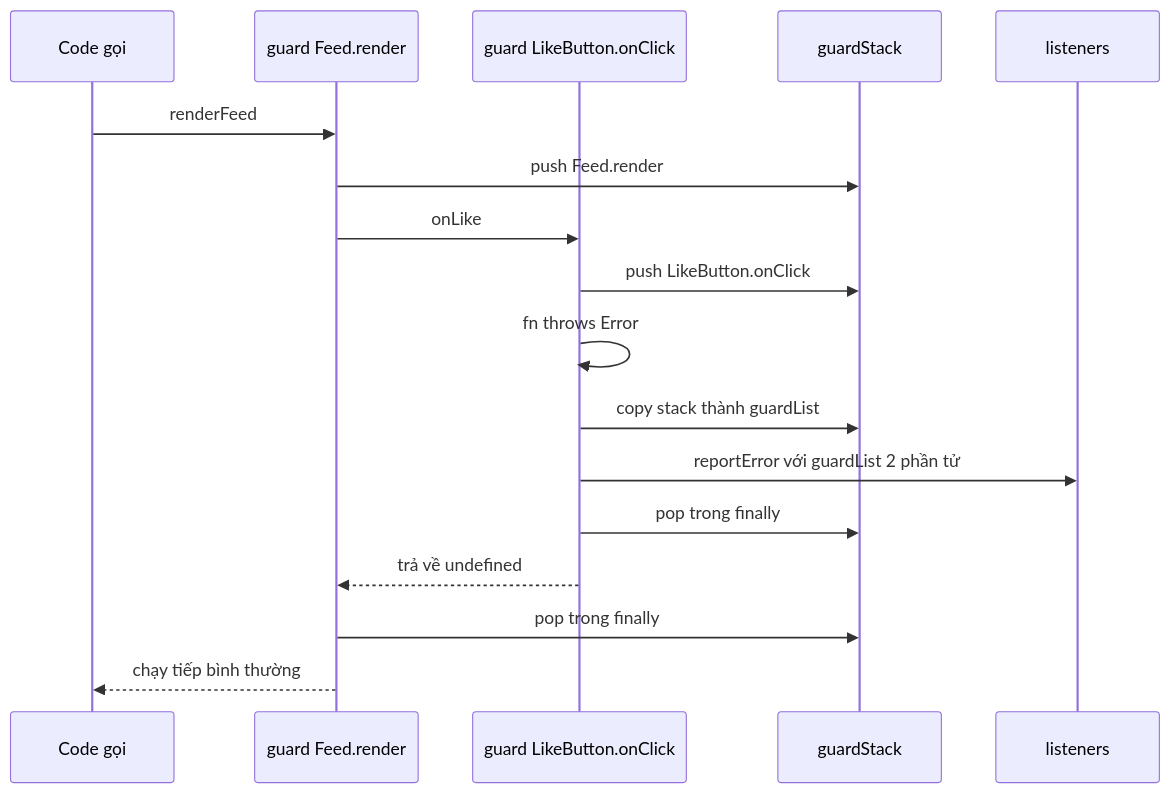
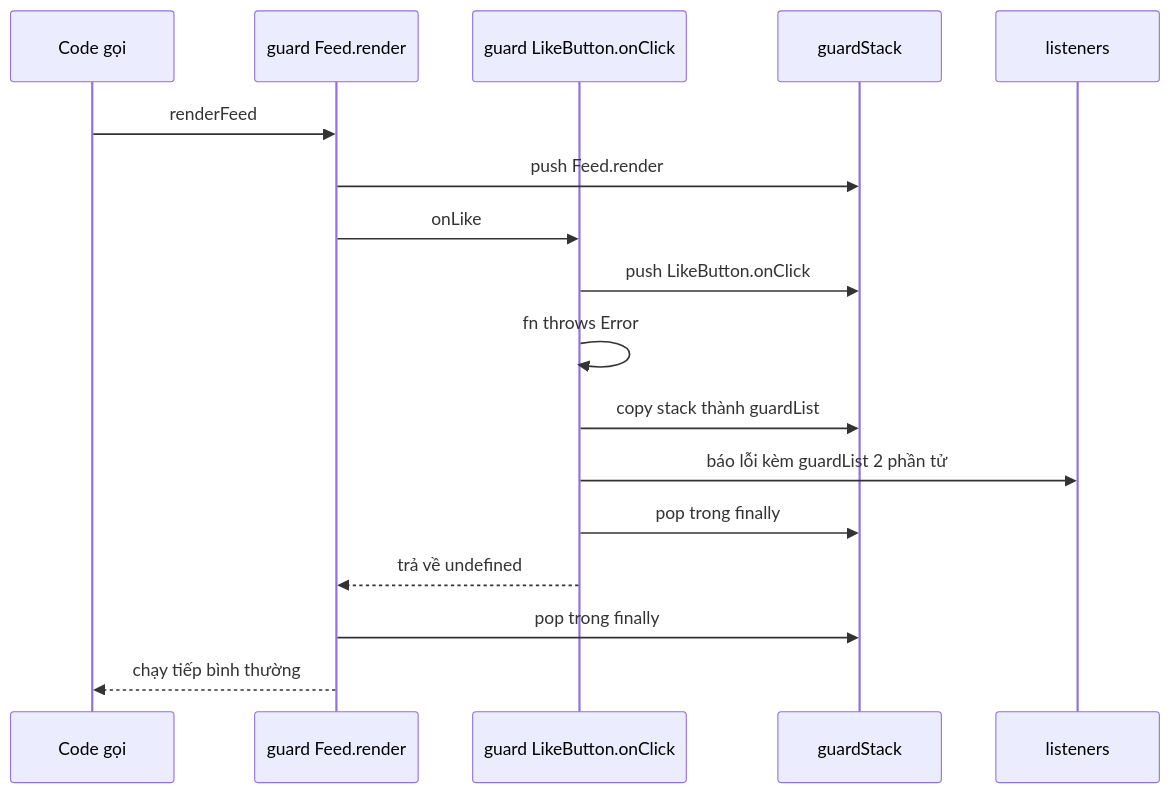
The second of 2 diagrams in posts/blogs/facebook-error-guard.md (hunghg255/blog-hunghg), drawn with Mermaid before and after one commit. The commit also changed other lines of this file and 36 other files, not shown here.

````diff
--- a/posts/blogs/facebook-error-guard.md
+++ b/posts/blogs/facebook-error-guard.md
@@ -282,19 +293,19 @@
 ```mermaid
 sequenceDiagram
   participant Caller as Code gọi
   participant G1 as guard Feed.render
   participant G2 as guard LikeButton.onClick
   participant S as guardStack
   participant P as listeners
   Caller->>G1: renderFeed
   G1->>S: push Feed.render
   G1->>G2: onLike
   G2->>S: push LikeButton.onClick
   G2->>G2: fn throws Error
   G2->>S: copy stack thành guardList
-  G2->>P: reportError với guardList 2 phần tử
+  G2->>P: báo lỗi kèm guardList 2 phần tử
   G2->>S: pop trong finally
   G2-->>G1: trả về undefined
   G1->>S: pop trong finally
   G1-->>Caller: chạy tiếp bình thường
 ```
````
